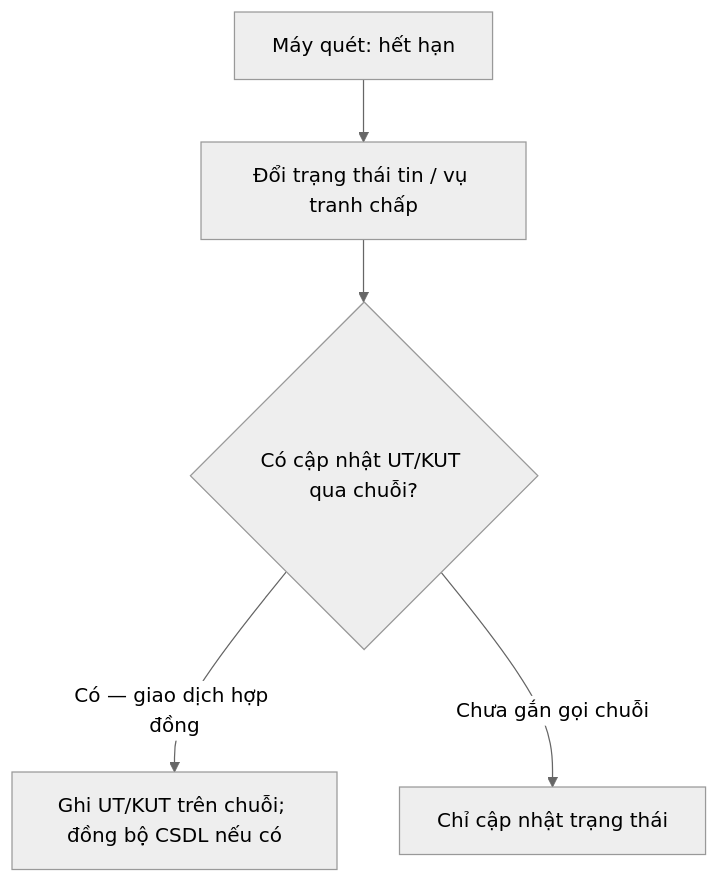
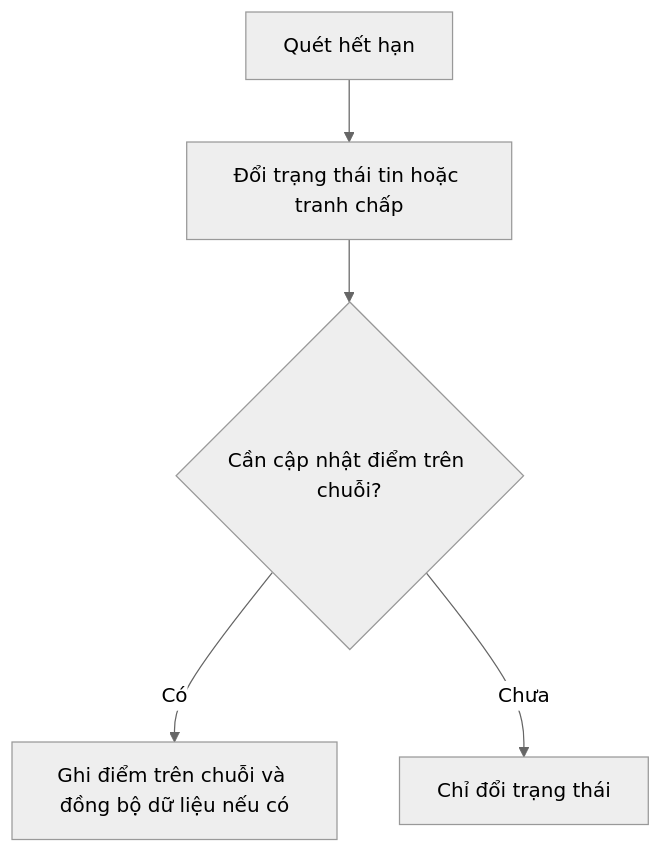
Before and after one commit to dmt041104111003/docs-nckh: the fourth of 4 diagrams in system.md, drawn with Mermaid (neutral theme). The commit also changed other lines of this file and 8 other files, not shown here.

````diff
--- a/system.md
+++ b/system.md
@@ -97,7 +77,7 @@
 ```mermaid
 flowchart TD
-  M[Máy quét: hết hạn] --> S[Đổi trạng thái tin / vụ tranh chấp]
-  S --> R{Có cập nhật UT/KUT qua chuỗi?}
-  R -->|Có — giao dịch hợp đồng| U[Ghi UT/KUT trên chuỗi; đồng bộ CSDL nếu có]
-  R -->|Chưa gắn gọi chuỗi| N[Chỉ cập nhật trạng thái]
+  M[Quét hết hạn] --> S[Đổi trạng thái tin hoặc tranh chấp]
+  S --> R{Cần cập nhật điểm trên chuỗi?}
+  R -->|Có| U[Ghi điểm trên chuỗi và đồng bộ dữ liệu nếu có]
+  R -->|Chưa| N[Chỉ đổi trạng thái]
 ```
````
